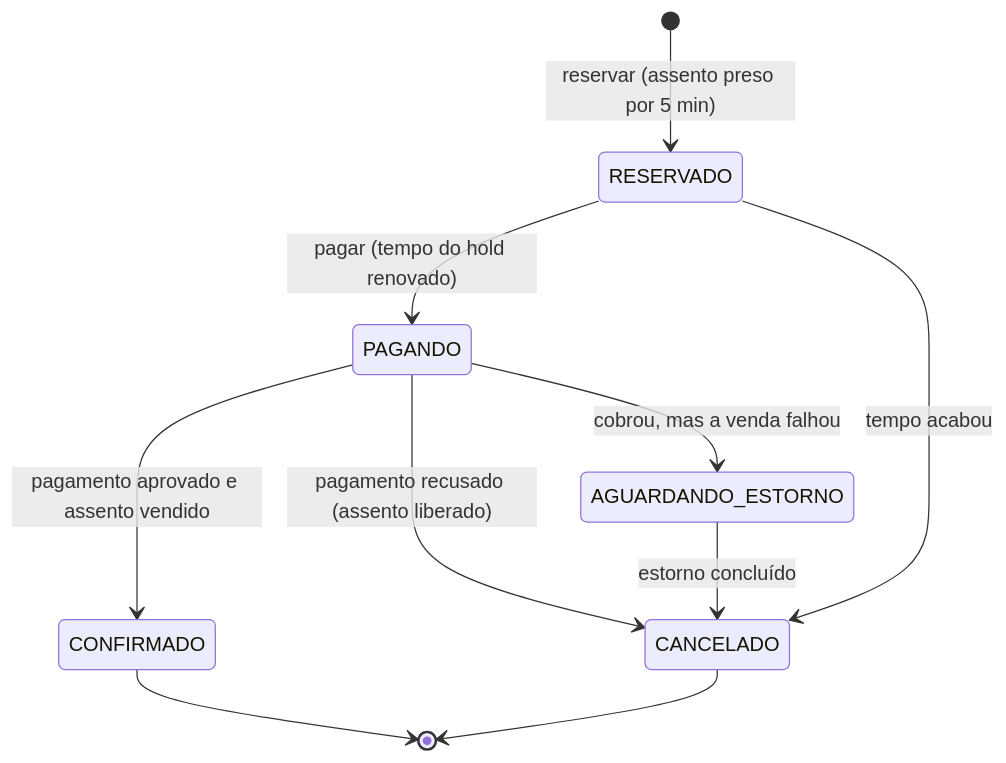
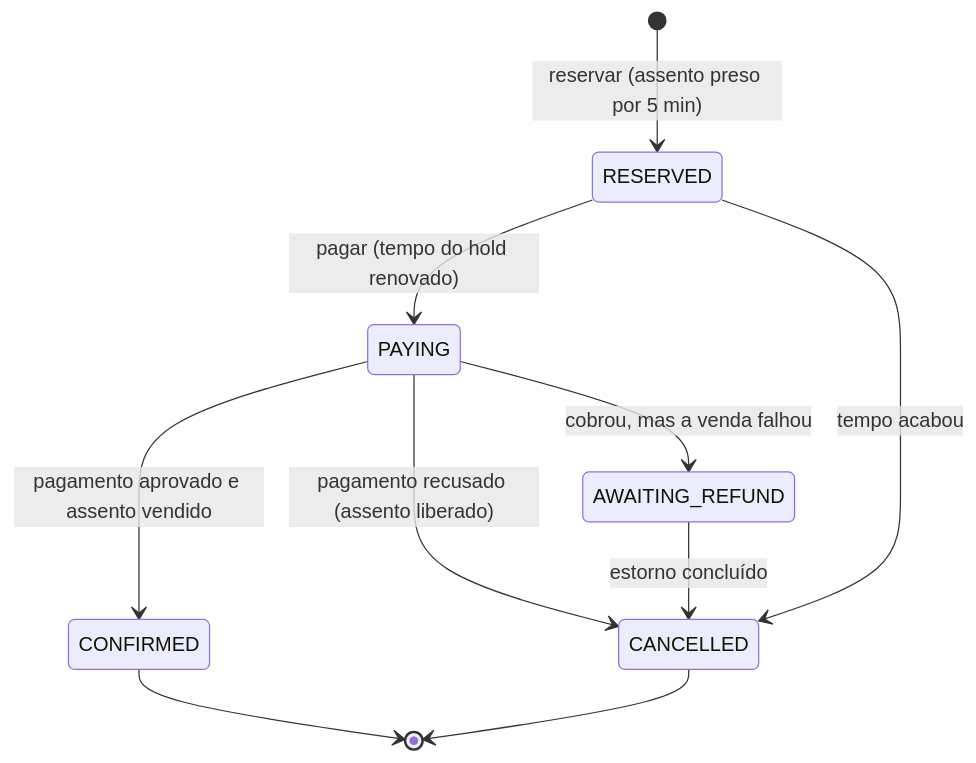
Before and after one commit to johancarloss/ticket-rush: the diagram in docs/adr/0001-saga-hibrida.md, drawn with Mermaid. The commit also changed other lines of this file and 4 other files, not shown here.

````diff
--- a/docs/adr/0001-saga-hibrida.md
+++ b/docs/adr/0001-saga-hibrida.md
@@ -24,12 +24,12 @@
 ```mermaid
 stateDiagram-v2
-  [*] --> RESERVADO: reservar (assento preso por 5 min)
-  RESERVADO --> PAGANDO: pagar (tempo do hold renovado)
-  RESERVADO --> CANCELADO: tempo acabou
-  PAGANDO --> CONFIRMADO: pagamento aprovado e assento vendido
-  PAGANDO --> CANCELADO: pagamento recusado (assento liberado)
-  PAGANDO --> AGUARDANDO_ESTORNO: cobrou, mas a venda falhou
-  AGUARDANDO_ESTORNO --> CANCELADO: estorno concluído
-  CONFIRMADO --> [*]
-  CANCELADO --> [*]
+  [*] --> RESERVED: reservar (assento preso por 5 min)
+  RESERVED --> PAYING: pagar (tempo do hold renovado)
+  RESERVED --> CANCELLED: tempo acabou
+  PAYING --> CONFIRMED: pagamento aprovado e assento vendido
+  PAYING --> CANCELLED: pagamento recusado (assento liberado)
+  PAYING --> AWAITING_REFUND: cobrou, mas a venda falhou
+  AWAITING_REFUND --> CANCELLED: estorno concluído
+  CONFIRMED --> [*]
+  CANCELLED --> [*]
 ```
````
